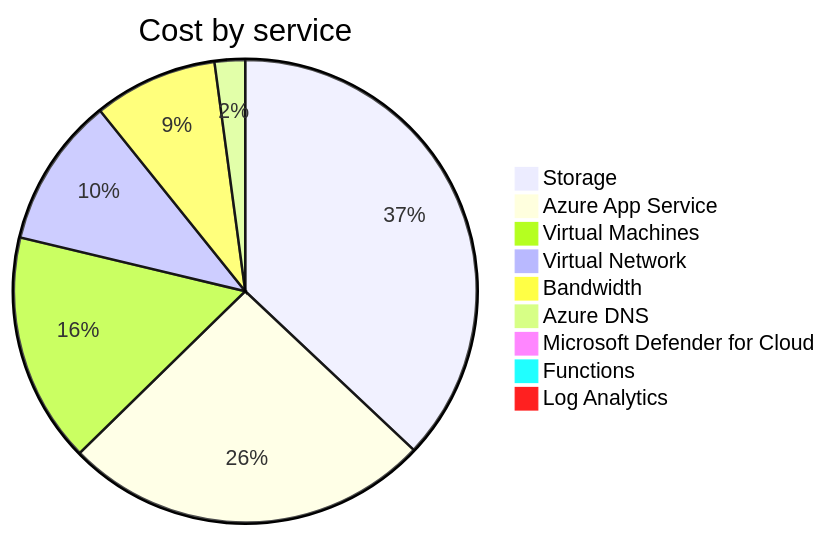
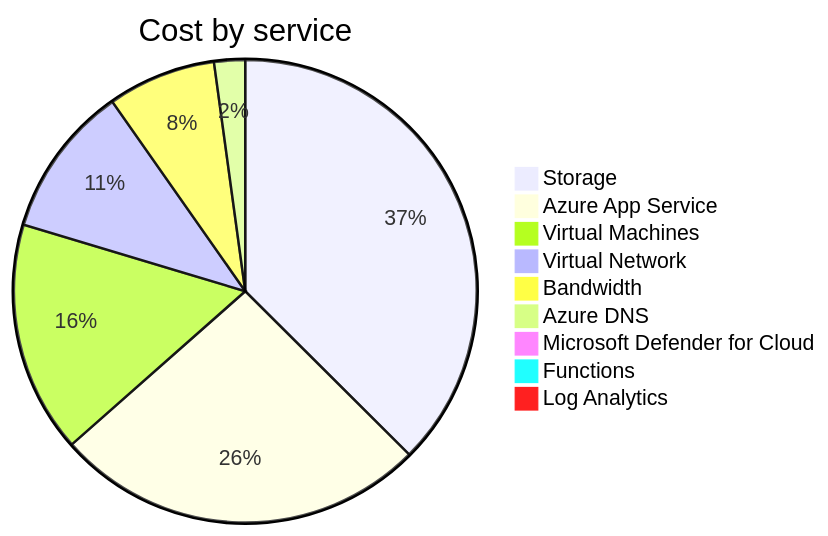
One commit to jpfulton/azure-personal-reports changed the second of 4 diagrams in cost-reports/accumulated-cost.md. Above: the diagram before and after it, drawn with Mermaid. The commit also changed other lines of this file and 4 other files, not shown here.

````diff
--- a/cost-reports/accumulated-cost.md
+++ b/cost-reports/accumulated-cost.md
@@ -103,13 +103,13 @@
 ```mermaid
 pie
    title Cost by service
-   "Storage" : 5.05
-   "Azure App Service" : 3.50
-   "Virtual Machines" : 2.19
-   "Virtual Network" : 1.43
-   "Bandwidth" : 1.18
-   "Azure DNS" : 0.29
-   "Microsoft Defender for Cloud" : 0.05
+   "Storage" : 5.89
+   "Azure App Service" : 4.09
+   "Virtual Machines" : 2.54
+   "Virtual Network" : 1.67
+   "Bandwidth" : 1.19
+   "Azure DNS" : 0.34
+   "Microsoft Defender for Cloud" : 0.06
    "Functions" : 0.00
    "Log Analytics" : 0.00
 ```
````
